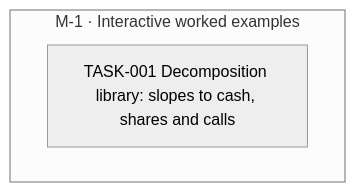
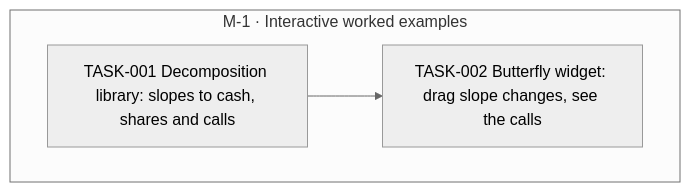
The diagram in goals/improve-viz/README.md (all-explained/options-explained), drawn with Mermaid (neutral theme) before and after one commit. The commit also changed 1 other file, not shown here.

Commit message:
goal(improve-viz): add TASK-002 Butterfly widget: drag slope changes, see the calls

````diff
--- a/goals/improve-viz/README.md
+++ b/goals/improve-viz/README.md
@@ -25,9 +25,11 @@
 ```mermaid
 flowchart TD
   subgraph M_1["M-1 · Interactive worked examples"]
     TASK_001["TASK-001 Decomposition library: slopes to cash, shares and calls"]
+    TASK_002["TASK-002 Butterfly widget: drag slope changes, see the calls"]
   end
+  TASK_001 --> TASK_002
   classDef draft stroke-dasharray: 4 3
   classDef cancelled opacity:0.45
   classDef decision fill:#f3e8ff,stroke:#7c3aed
 ```
````
